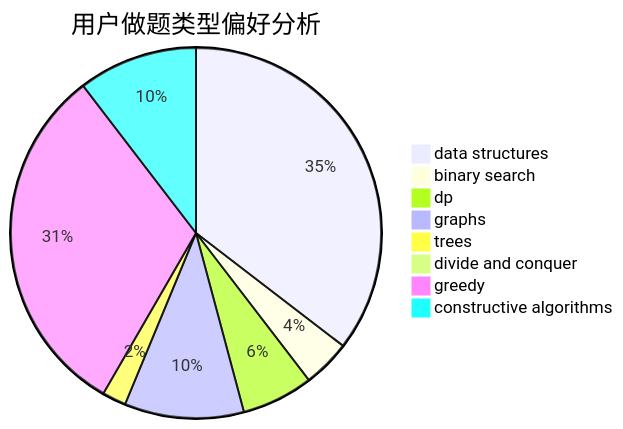
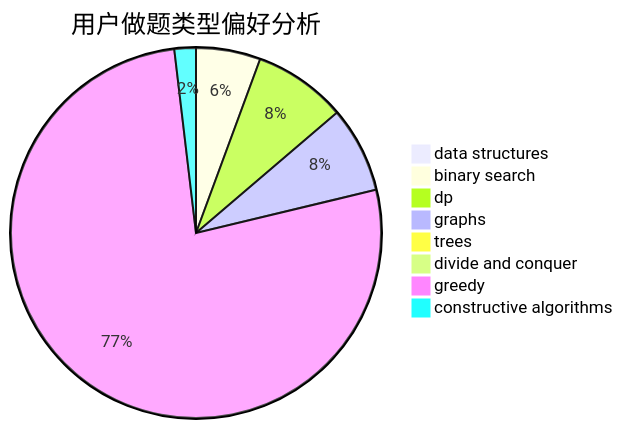
One commit to sherpahu/cfrs.github.io changed the second of 3 diagrams in docs/user/u2117.md. Above: the diagram before and after it, drawn with Mermaid. The commit also changed other lines of this file and 2770 other files, not shown here.

````diff
--- a/docs/user/u2117.md
+++ b/docs/user/u2117.md
@@ -23,11 +23,11 @@
 ```mermaid
 pie title 用户做题类型偏好分析
-    "data structures" :  34
-    "binary search" :  4
-    "dp" :  6
-    "graphs" :  10
-    "trees" :  2
+    "data structures" :  0
+    "binary search" :  9
+    "dp" :  13
+    "graphs" :  12
+    "trees" :  0
     "divide and conquer" :  0
-    "greedy" :  30
-    "constructive algorithms" :  10
+    "greedy" :  123
+    "constructive algorithms" :  3
 ```
````
